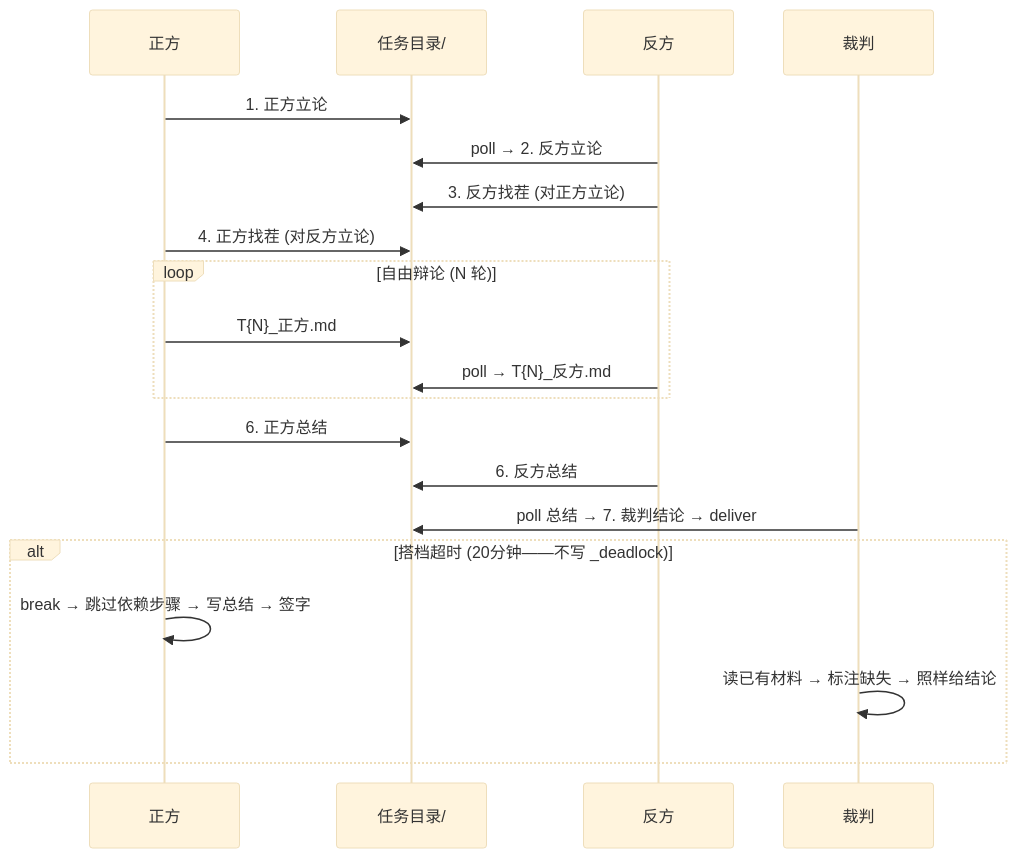
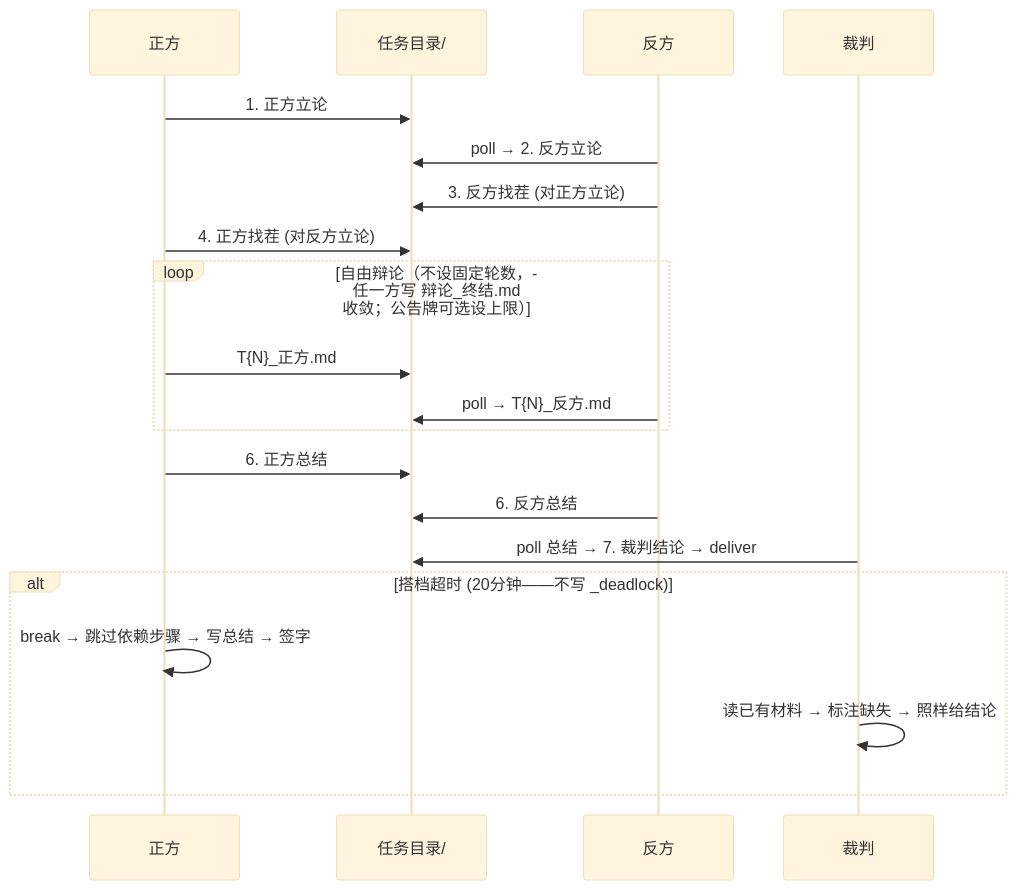
One commit to whereismymindM/Codex-Ninja changed the fifth of 11 diagrams in 设计文档/初代-codex-ninja.md. Above: the diagram before and after it, drawn with Mermaid (base theme). The commit also changed other lines of this file and 4 other files, not shown here.

````diff
--- a/设计文档/初代-codex-ninja.md
+++ b/设计文档/初代-codex-ninja.md
@@ -176,26 +176,26 @@
 ```mermaid
 sequenceDiagram
     participant 正方 as 正方
     participant 任务目录 as 任务目录/
     participant 反方 as 反方
     participant 裁判 as 裁判
 
     正方->>任务目录: 1. 正方立论
     反方->>任务目录: poll → 2. 反方立论
     反方->>任务目录: 3. 反方找茬 (对正方立论)
     正方->>任务目录: 4. 正方找茬 (对反方立论)
 
-    loop 自由辩论 (N 轮)
+    loop 自由辩论（不设固定轮数，任一方写 辩论_终结.md 收敛；公告牌可选设上限）
         正方->>任务目录: T{N}_正方.md
         反方->>任务目录: poll → T{N}_反方.md
     end
 
     正方->>任务目录: 6. 正方总结
     反方->>任务目录: 6. 反方总结
     裁判->>任务目录: poll 总结 → 7. 裁判结论 → deliver
 
     alt 搭档超时 (20分钟——不写 _deadlock)
         正方->>正方: break → 跳过依赖步骤 → 写总结 → 签字
         裁判->>裁判: 读已有材料 → 标注缺失 → 照样给结论
     end
 ```
````
